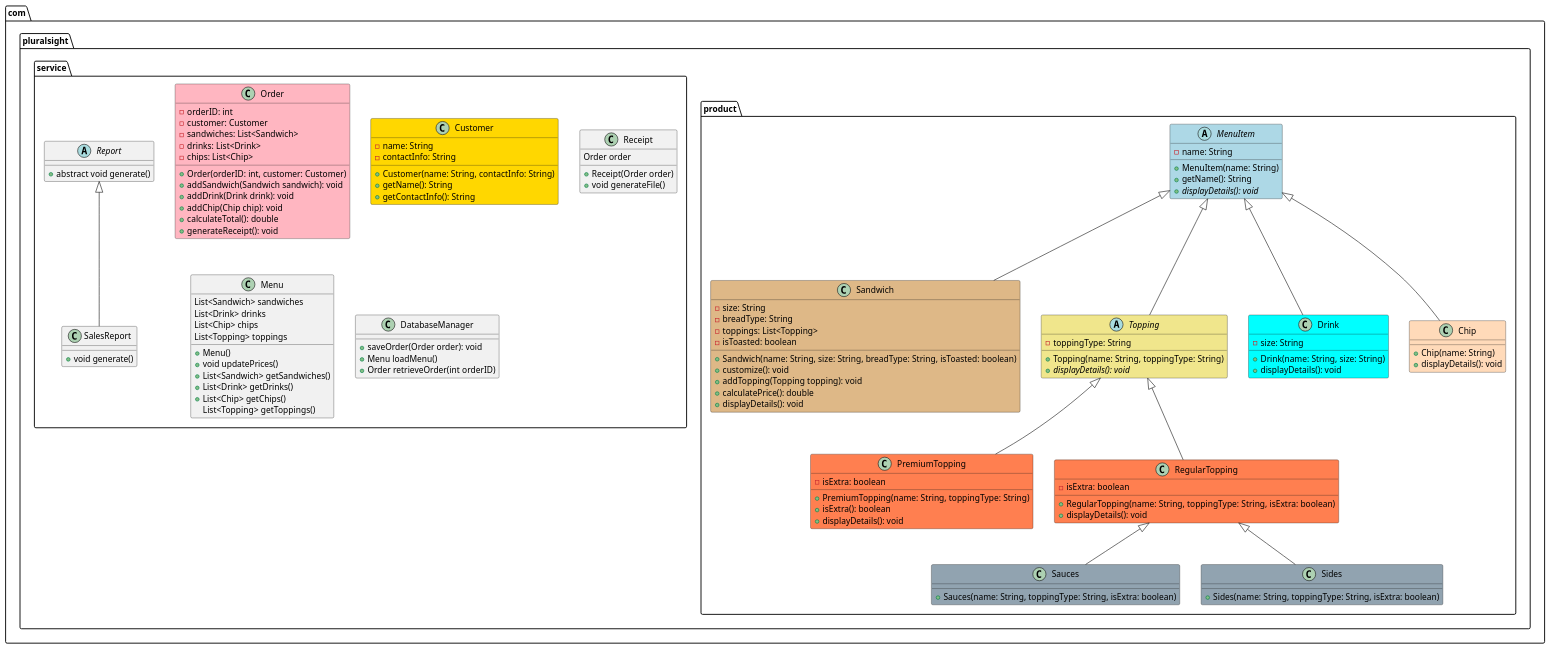
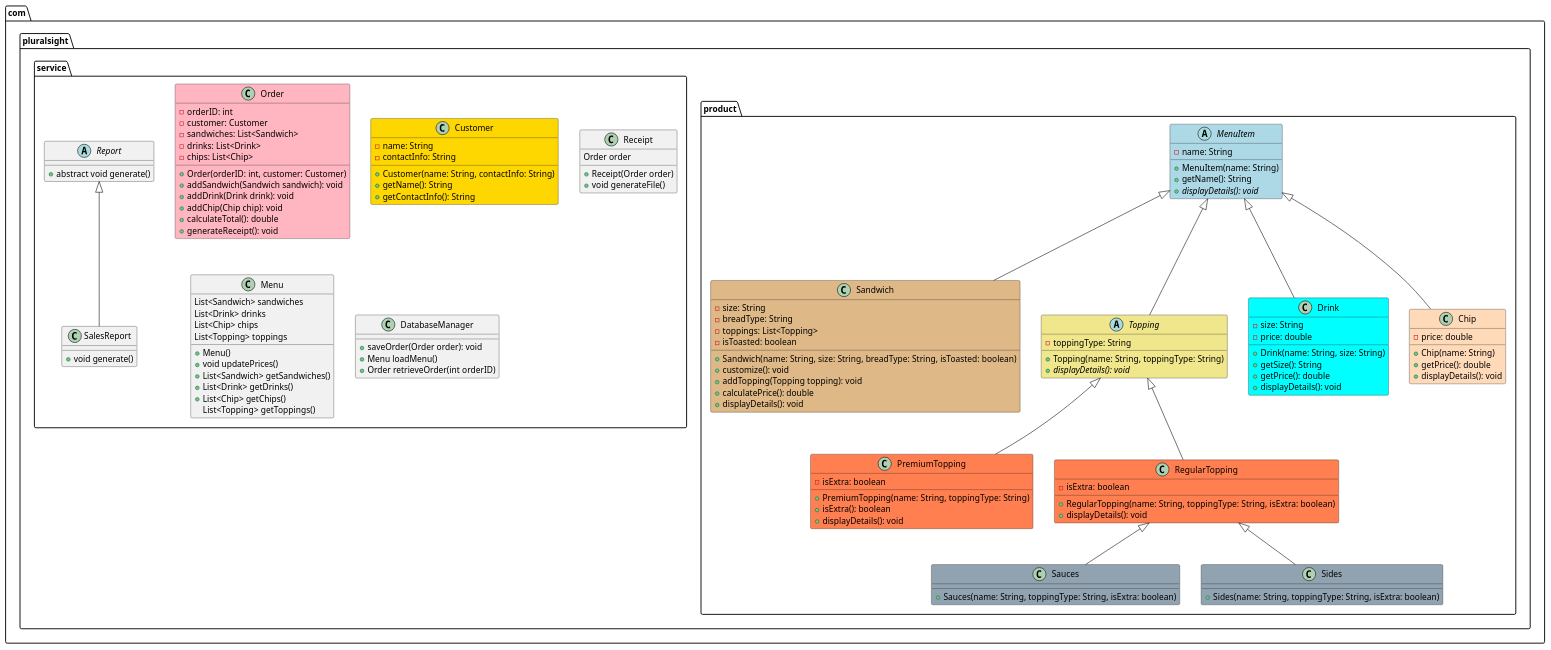
Before and after one commit to Ptunda/byyte-now: the diagram in src/main/java/com/pluralsight/byyte-now.puml, drawn with PlantUML. The commit also changed 1 other file, not shown here.

Commit message:
Made size attribute of Drink class final

```diff
--- a/src/main/java/com/pluralsight/byyte-now.puml
+++ b/src/main/java/com/pluralsight/byyte-now.puml
@@ -1,142 +1,148 @@
 @startuml
 package com.pluralsight{
 
 package com.pluralsight.product{
 
 abstract class MenuItem #lightblue{
 -name: String
 
 +MenuItem(name: String)
 +getName(): String
 +{abstract} displayDetails(): void
 
 }
 
 class Sandwich #DEB887 extends MenuItem{
 -size: String
 -breadType: String
 -toppings: List<Topping>
 -isToasted: boolean
 
 +Sandwich(name: String, size: String, breadType: String, isToasted: boolean)
 +customize(): void
 +addTopping(Topping topping): void
 +calculatePrice(): double
 +displayDetails(): void
 }
 
 abstract class Topping #F0E68C extends MenuItem {
 -toppingType: String
 +Topping(name: String, toppingType: String)
 +{abstract} displayDetails(): void
 }
 
 class Drink #00FFFF extends MenuItem {
 -size: String
+-price: double
 
 +Drink(name: String, size: String)
++getSize(): String
++getPrice(): double
 +displayDetails(): void
 }
 
 class Chip #FFDAB9 extends MenuItem {
+-price: double
+
 +Chip(name: String)
++getPrice(): double
 +displayDetails(): void
 }
 
 
 class PremiumTopping #FF7F50 extends Topping {
 -isExtra: boolean
 +PremiumTopping(name: String, toppingType: String)
 +isExtra(): boolean
 +displayDetails(): void
 }
 
 class RegularTopping #FF7F50 extends Topping {
 -isExtra: boolean
 +RegularTopping(name: String, toppingType: String, isExtra: boolean)
 +displayDetails(): void
 }
 
 class Sauces #91A3B0 extends RegularTopping{
 
 +Sauces(name: String, toppingType: String, isExtra: boolean)
 
 }
 
 class Sides #91A3B0 extends RegularTopping{
 
 +Sides(name: String, toppingType: String, isExtra: boolean)
 }
 
 
 }
 
 package com.pluralsight.service{
 
 class Order #FFB6C1 {
 -orderID: int
 -customer: Customer
 -sandwiches: List<Sandwich>
 -drinks: List<Drink>
 -chips: List<Chip>
 
 +Order(orderID: int, customer: Customer)
 +addSandwich(Sandwich sandwich): void
 +addDrink(Drink drink): void
 +addChip(Chip chip): void
 +calculateTotal(): double
 +generateReceipt(): void
 }
 
 class Customer #FFD700{
 -name: String
 -contactInfo: String
 
 +Customer(name: String, contactInfo: String)
 +getName(): String
 +getContactInfo(): String
 }
 
 abstract class Report {
 +abstract void generate()
 }
 
 
 class Receipt {
 Order order
 
 +Receipt(Order order)
 +void generateFile()
 }
 
 class SalesReport extends Report {
 +void generate()
 }
 
 class Menu {
 List<Sandwich> sandwiches
 List<Drink> drinks
 List<Chip> chips
 List<Topping> toppings
 
 + Menu()
 +void updatePrices()
 +List<Sandwich> getSandwiches()
 +List<Drink> getDrinks()
 +List<Chip> getChips()
 List<Topping> getToppings()
 }
 
 class DatabaseManager {
 +saveOrder(Order order): void
 +Menu loadMenu()
 +Order retrieveOrder(int orderID)
 }
 
 
 }
 
 }
 
 
 @enduml
```
